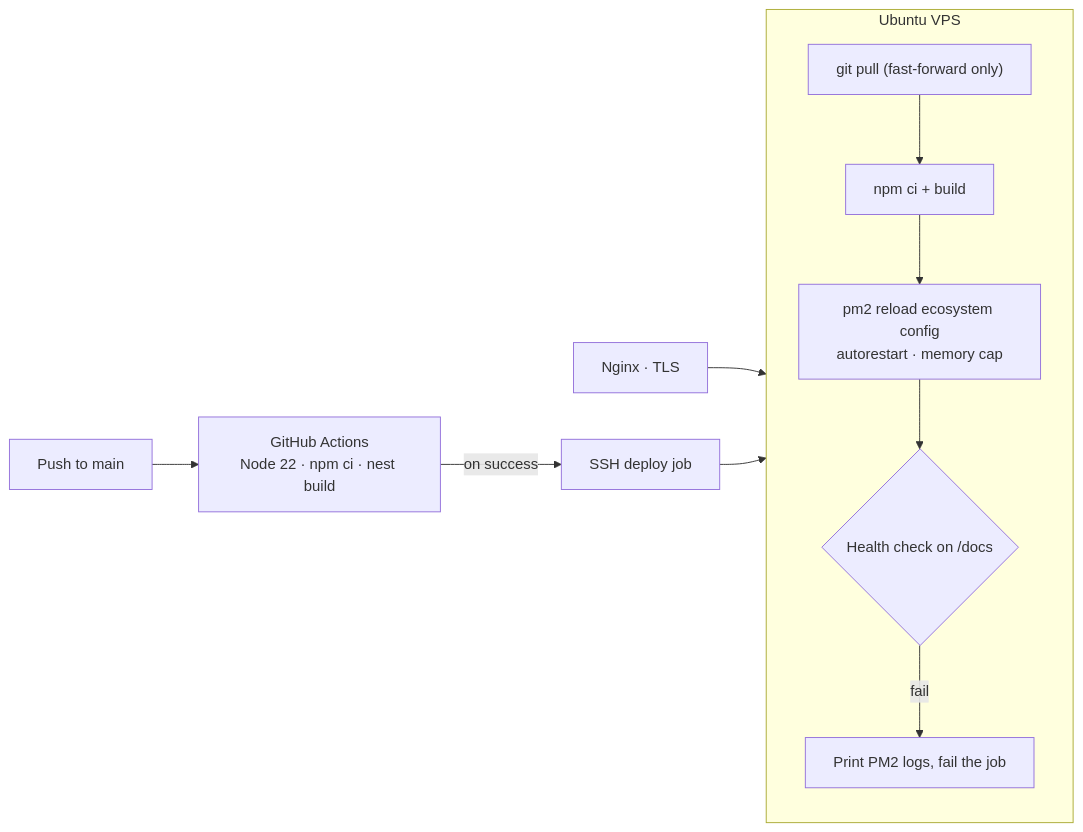
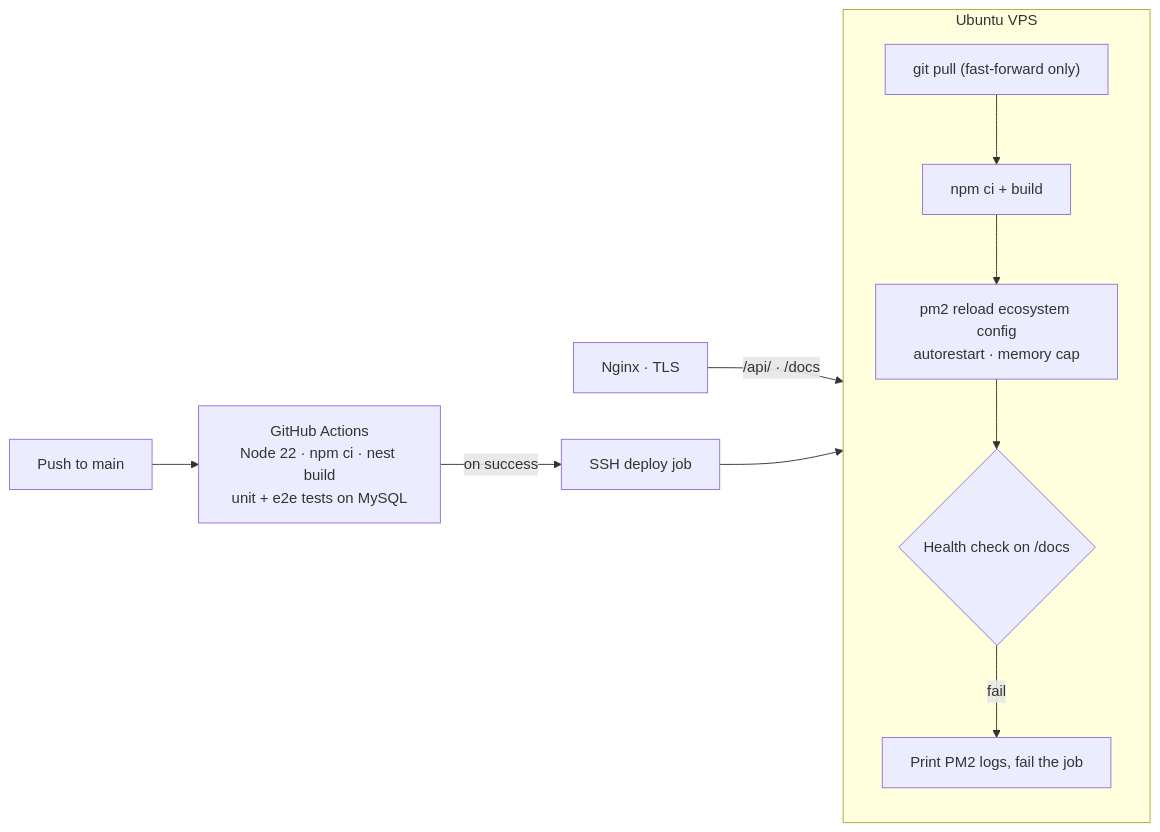
One commit to defoibrahim/hrm-platform-showcase changed the fifth of 6 diagrams in docs/architecture.md. Above: the diagram before and after it, drawn with Mermaid. The commit also changed other lines of this file and 23 other files, not shown here.

````diff
--- a/docs/architecture.md
+++ b/docs/architecture.md
@@ -199,16 +219,16 @@
 ```mermaid
 flowchart LR
-  DEV[Push to main] --> CI[GitHub Actions<br/>Node 22 · npm ci · nest build]
+  DEV[Push to main] --> CI[GitHub Actions<br/>Node 22 · npm ci · nest build<br/>unit + e2e tests on MySQL]
   CI -->|on success| SSH[SSH deploy job]
   SSH --> VPS
 
   subgraph VPS[Ubuntu VPS]
     direction TB
     PULL["git pull (fast-forward only)"] --> INST[npm ci + build]
     INST --> PM2[pm2 reload ecosystem config<br/>autorestart · memory cap]
     PM2 --> HC{Health check on /docs}
     HC -- fail --> LOGS[Print PM2 logs, fail the job]
   end
 
-  NGINX[Nginx · TLS] --> PM2
+  NGINX[Nginx · TLS] -->|"/api/ · /docs"| PM2
 ```
````
